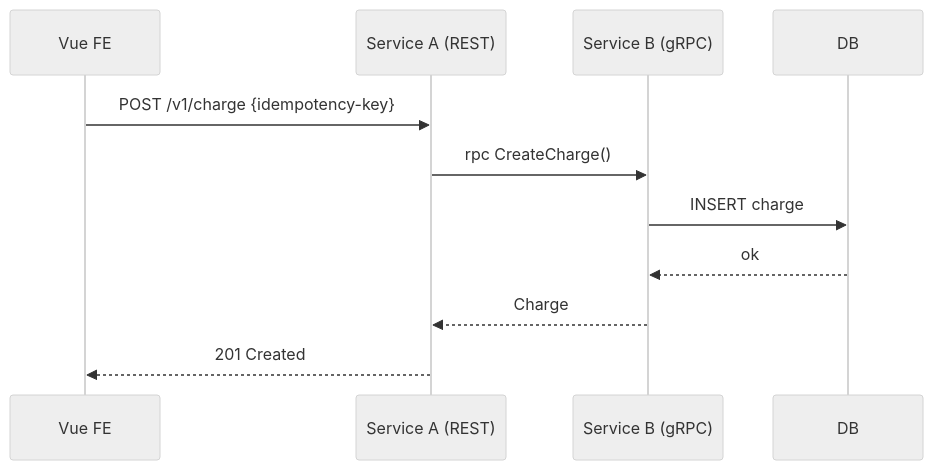
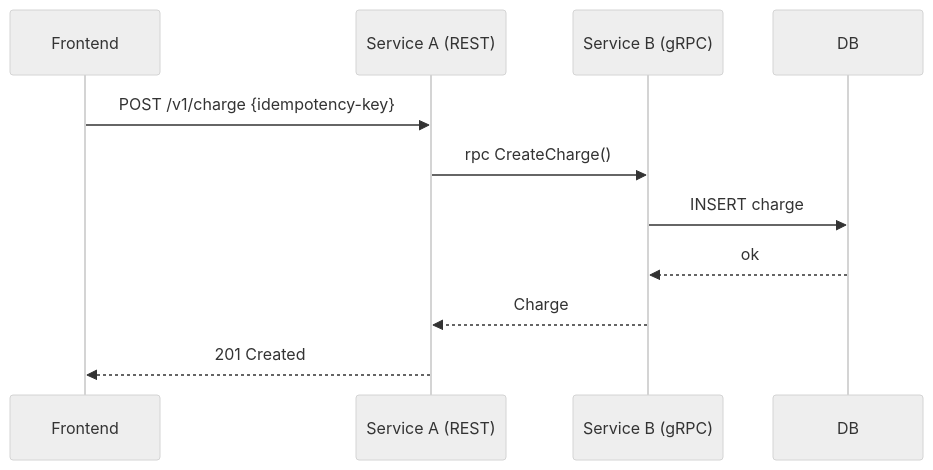
Before and after one commit to aldhirs/ai-agent-playbook-v2: the diagram in templates/TechDesign-template.md, drawn with Mermaid (neutral theme). The commit also changed other lines of this file and 21 other files, not shown here.

````diff
--- a/templates/TechDesign-template.md
+++ b/templates/TechDesign-template.md
@@ -99,13 +144,13 @@
 ```mermaid
 sequenceDiagram
-  participant FE as Vue FE
+  participant FE as Frontend
   participant API as Service A (REST)
   participant SVC as Service B (gRPC)
   participant DB
   FE->>API: POST /v1/charge {idempotency-key}
   API->>SVC: rpc CreateCharge()
   SVC->>DB: INSERT charge
   DB-->>SVC: ok
   SVC-->>API: Charge
   API-->>FE: 201 Created
 ```
````
